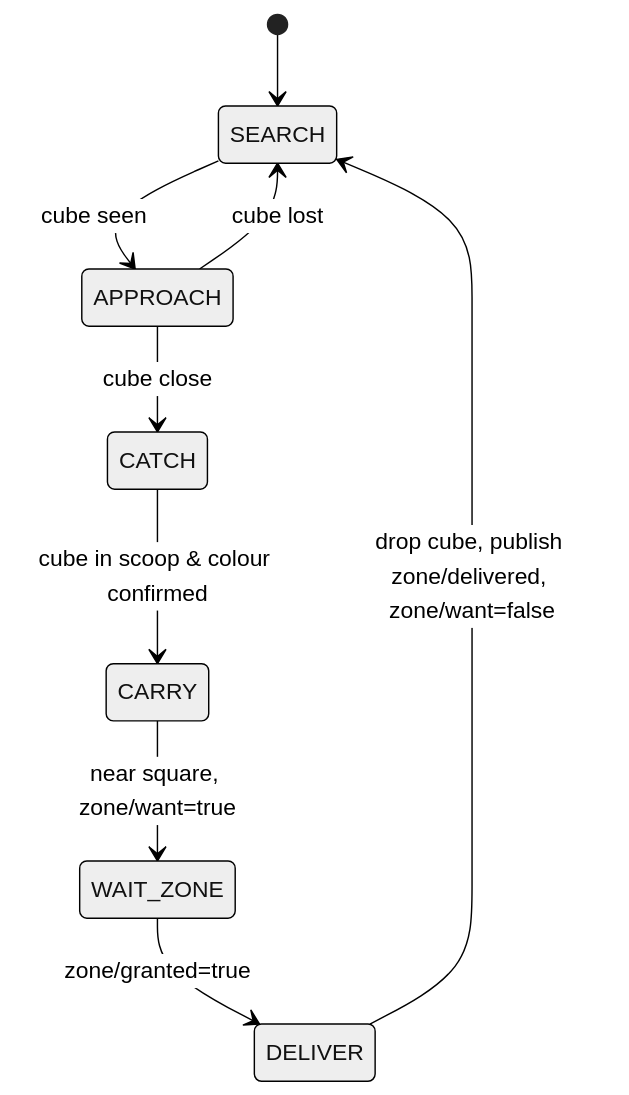
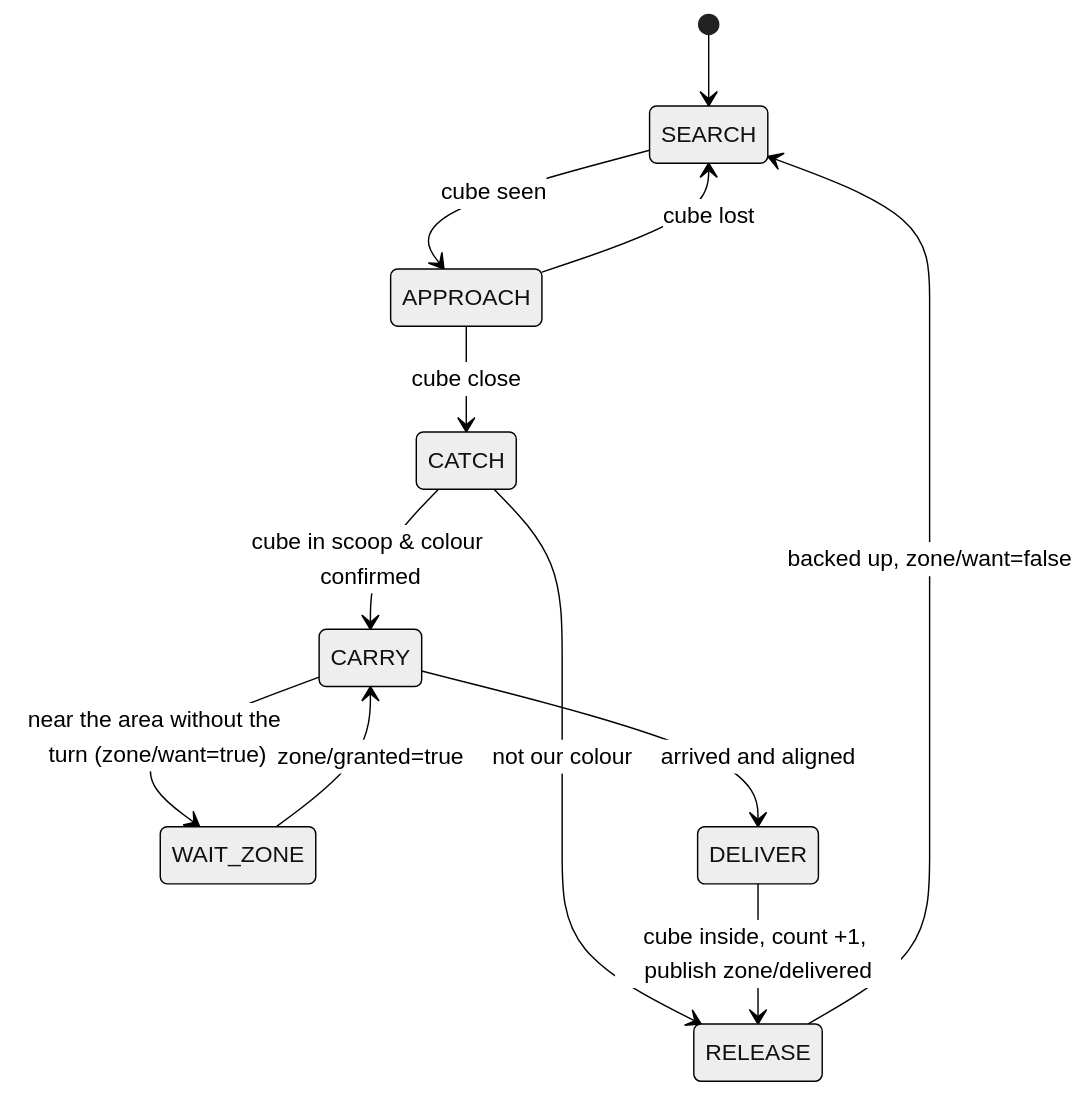
The second of 2 diagrams in docs/architecture.md (notoriussss/Ferb-Recolector), drawn with Mermaid (neutral theme) before and after one commit. The commit also changed other lines of this file, not shown here.

Commit message:
docs(architecture): actualizar arquitectura con topico zone/seen y estados de entrega

````diff
--- a/docs/architecture.md
+++ b/docs/architecture.md
@@ -144,11 +154,14 @@
 ```mermaid
 stateDiagram-v2
   [*] --> SEARCH
   SEARCH --> APPROACH: cube seen
   APPROACH --> SEARCH: cube lost
   APPROACH --> CATCH: cube close
   CATCH --> CARRY: cube in scoop & colour confirmed
-  CARRY --> WAIT_ZONE: near square, zone/want=true
-  WAIT_ZONE --> DELIVER: zone/granted=true
-  DELIVER --> SEARCH: drop cube, publish zone/delivered, zone/want=false
+  CATCH --> RELEASE: not our colour
+  CARRY --> WAIT_ZONE: near the area without the turn (zone/want=true)
+  WAIT_ZONE --> CARRY: zone/granted=true
+  CARRY --> DELIVER: arrived and aligned
+  DELIVER --> RELEASE: cube inside, count +1, publish zone/delivered
+  RELEASE --> SEARCH: backed up, zone/want=false
 ```
````
